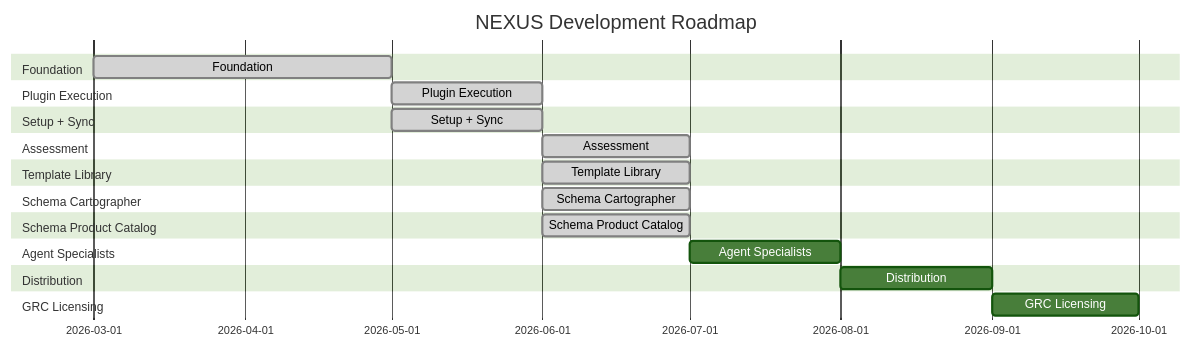
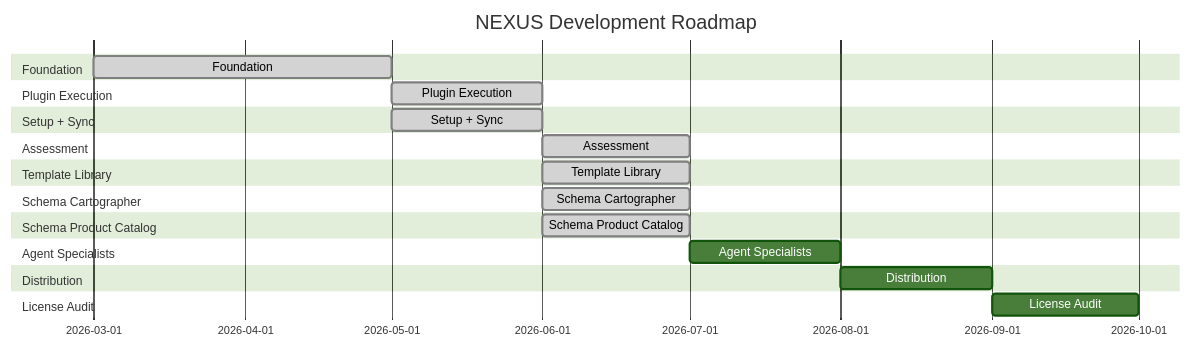
One commit to pierregrothe/nexus-sn changed the second of 3 diagrams in README.md. Above: the diagram before and after it, drawn with Mermaid (forest theme). The commit also changed 1 other file, not shown here.

Commit message:
docs: rename GRC Licensing -> License Audit -- feature is platform-agnostic

````diff
--- a/README.md
+++ b/README.md
@@ -94,25 +94,25 @@
 ```mermaid
 gantt
     title NEXUS Development Roadmap
     dateFormat YYYY-MM
     section Foundation
         Foundation                   :done, 2026-03, 2026-05
     section Plugin Execution
         Plugin Execution             :done, 2026-05, 2026-06
     section Setup + Sync
         Setup + Sync                 :done, 2026-05, 2026-06
     section Assessment
         Assessment                   :done, 2026-06, 2026-07
     section Template Library
         Template Library             :done, 2026-06, 2026-07
     section Schema Cartographer
         Schema Cartographer          :done, 2026-06, 2026-07
     section Schema Product Catalog
         Schema Product Catalog       :done, 2026-06, 2026-07
     section Agent Specialists
         Agent Specialists            : 2026-07, 2026-08
     section Distribution
         Distribution                 : 2026-08, 2026-09
-    section GRC Licensing
-        GRC Licensing                : 2026-09, 2026-10
+    section License Audit
+        License Audit                : 2026-09, 2026-10
 ```
````
